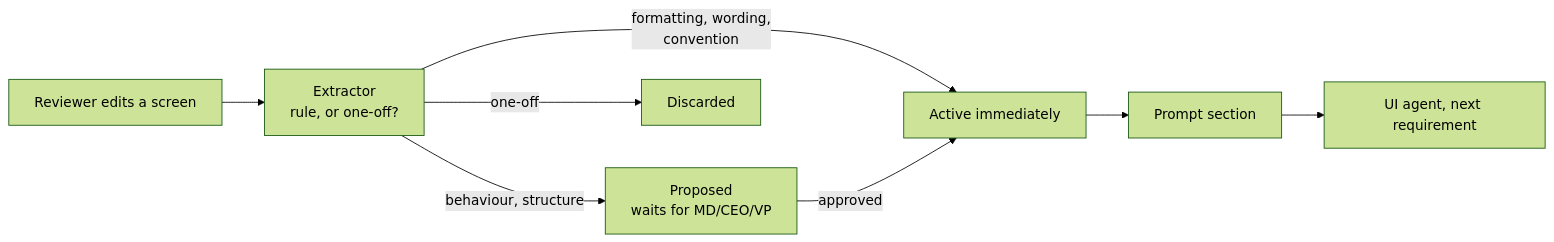
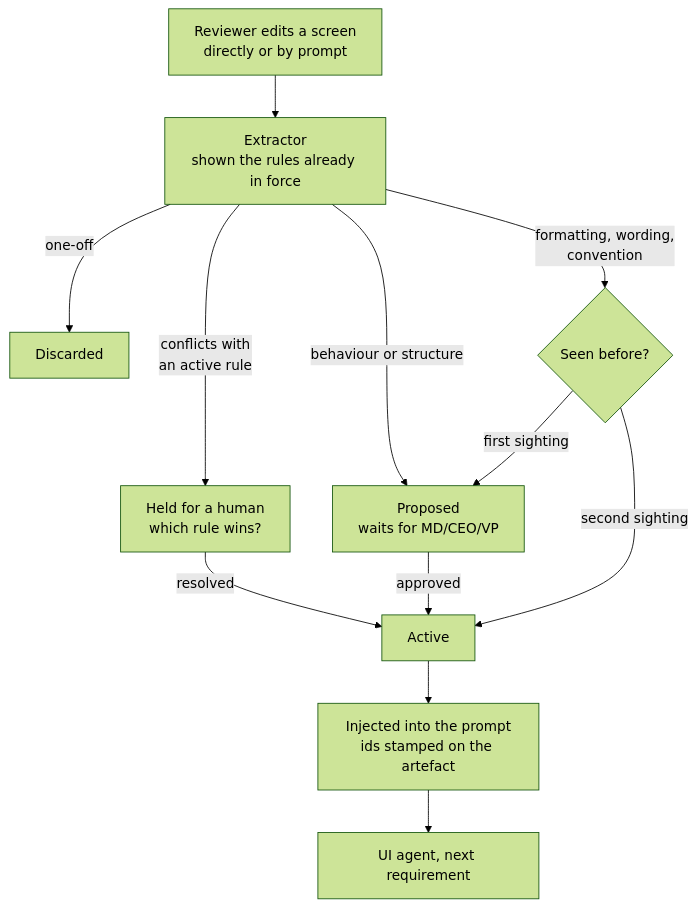
The eighth of 8 diagrams in docs/architecture.md (ronit-j-sdms1030/ai-factory), drawn with Mermaid (forest theme) before and after one commit. The commit also changed other lines of this file and 1 other file, not shown here.

````diff
--- a/docs/architecture.md
+++ b/docs/architecture.md
@@ -464,10 +464,14 @@
 ```mermaid
-flowchart LR
-    E[Reviewer edits a screen] --> X[Extractor<br/>rule, or one-off?]
-    X -->|formatting, wording,<br/>convention| A[Active immediately]
-    X -->|behaviour, structure| P[Proposed<br/>waits for MD/CEO/VP]
+flowchart TD
+    E[Reviewer edits a screen<br/>directly or by prompt] --> X[Extractor<br/>shown the rules already in force]
     X -->|one-off| N[Discarded]
-    A --> S[Prompt section]
+    X -->|conflicts with<br/>an active rule| C[Held for a human<br/>which rule wins?]
+    X -->|behaviour or structure| P[Proposed<br/>waits for MD/CEO/VP]
+    X -->|formatting, wording,<br/>convention| F{Seen before?}
+    F -->|first sighting| P
+    F -->|second sighting| A[Active]
     P -->|approved| A
+    C -->|resolved| A
+    A --> S[Injected into the prompt<br/>ids stamped on the artefact]
     S --> U[UI agent, next requirement]
 ```
````
